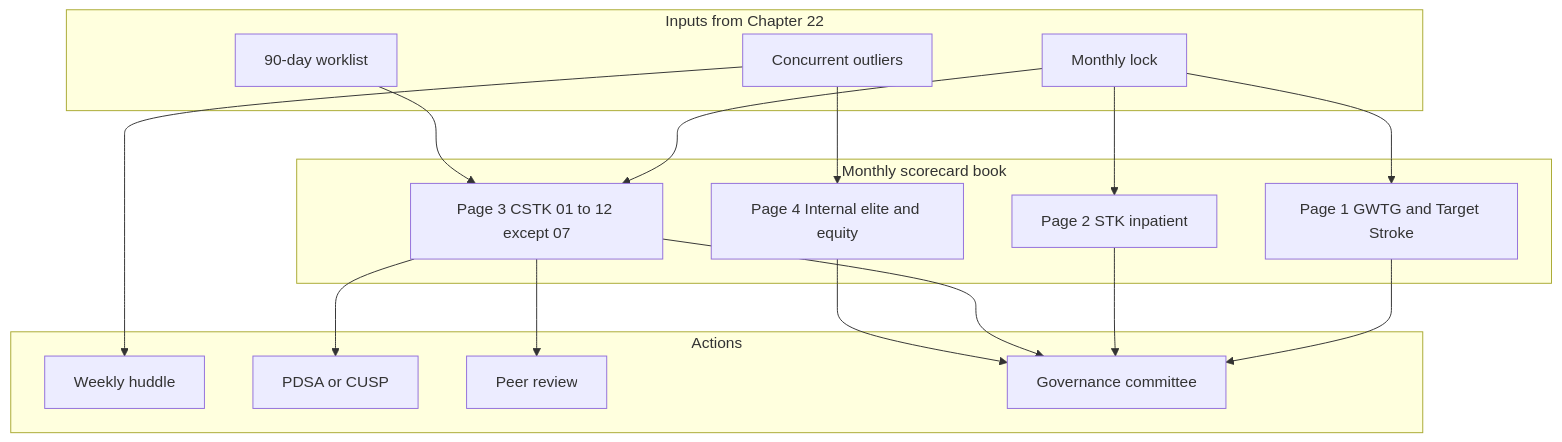
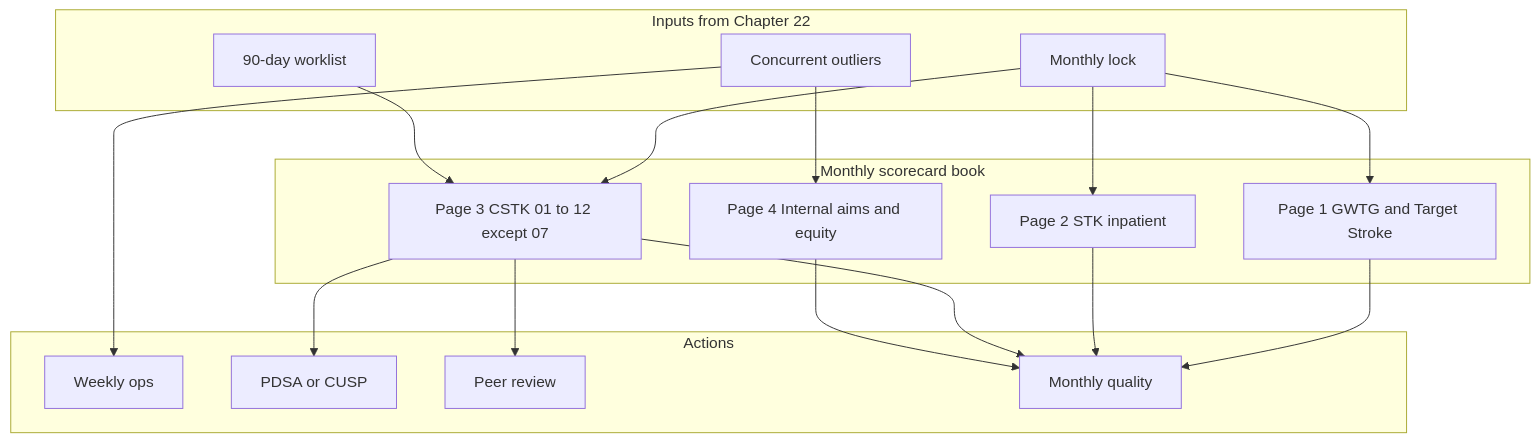
One commit to rkalani1/CSC changed the first of 2 diagrams in docs/quality/23-core-metrics.md. Above: the diagram before and after it, drawn with Mermaid. The commit also changed other lines of this file and 62 other files, not shown here.

````diff
--- a/docs/quality/23-core-metrics.md
+++ b/docs/quality/23-core-metrics.md
@@ -27,32 +27,32 @@
 ```mermaid
 flowchart TB
     subgraph Pages["Monthly scorecard book"]
       P1[Page 1 GWTG and Target Stroke]
       P2[Page 2 STK inpatient]
       P3[Page 3 CSTK 01 to 12 except 07]
-      P4[Page 4 Internal elite and equity]
+      P4[Page 4 Internal aims and equity]
     end
     subgraph Inputs["Inputs from Chapter 22"]
       LOCK[Monthly lock]
       CON[Concurrent outliers]
       MRS[90-day worklist]
     end
     subgraph Out["Actions"]
-      HUD[Weekly huddle]
+      HUD[Weekly ops]
       PDSA[PDSA or CUSP]
       PR[Peer review]
-      GOV[Governance committee]
+      GOV[Monthly quality]
     end
     LOCK --> P1
     LOCK --> P2
     LOCK --> P3
     CON --> P4
     MRS --> P3
     P1 --> GOV
     P2 --> GOV
     P3 --> GOV
     P4 --> GOV
     CON --> HUD
     P3 --> PDSA
     P3 --> PR
 ```
````
